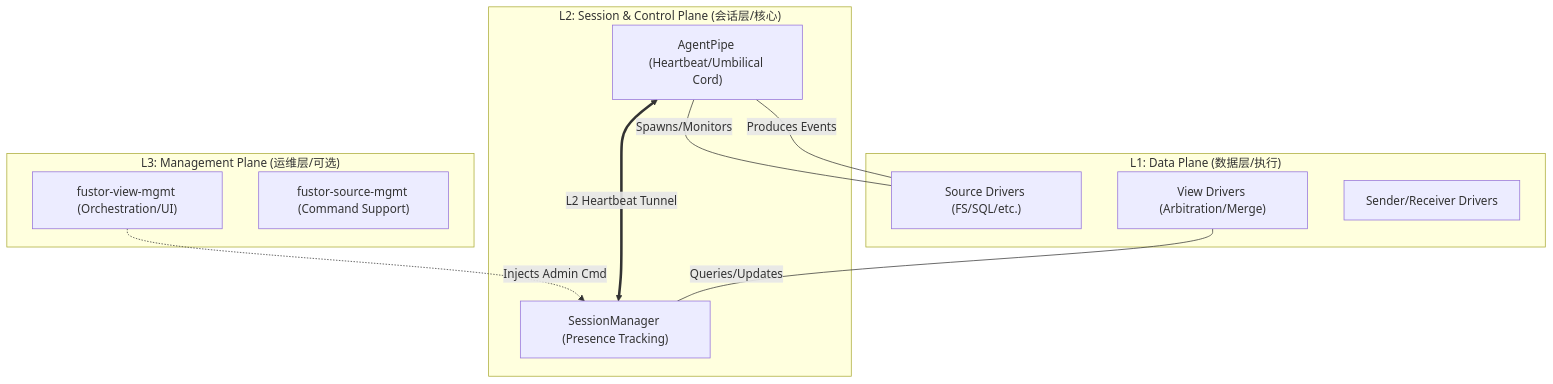
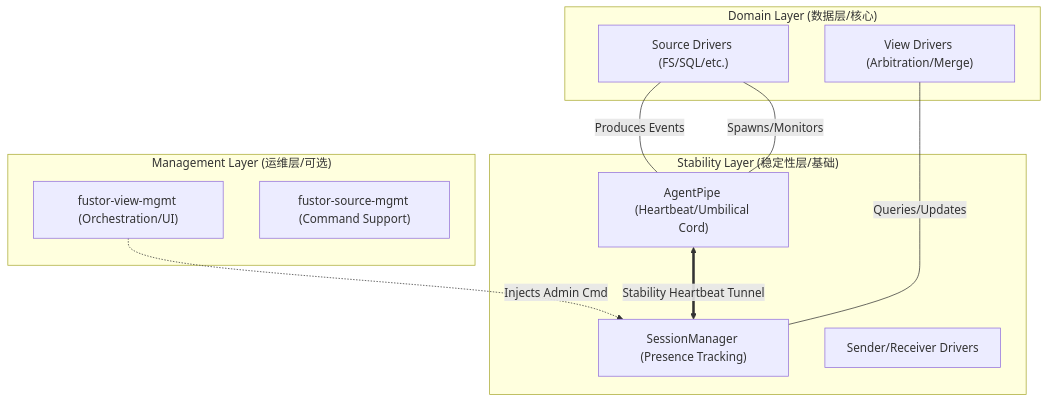
The diagram in specs/L2-ARCHITECTURE.md (excelwang/fustor-data-platform), drawn with Mermaid before and after one commit. The commit also changed other lines of this file and 9 other files, not shown here.

Commit message:
refactor: Rename architectural layers from L1/L2/L3 to Stability/Domain/Management across specifications.

````diff
--- a/specs/L2-ARCHITECTURE.md
+++ b/specs/L2-ARCHITECTURE.md
@@ -20,25 +18,25 @@
 ```mermaid
 graph TD
-    subgraph "L3: Management Plane (运维层/可选)"
+    subgraph "Management Layer (运维层/可选)"
         L3_Fusion["fustor-view-mgmt (Orchestration/UI)"]
         L3_Agent["fustor-source-mgmt (Command Support)"]
     end
 
-    subgraph "L2: Session & Control Plane (会话层/核心)"
-        L2_Fusion["SessionManager (Presence Tracking)"]
-        L2_Agent["AgentPipe (Heartbeat/Umbilical Cord)"]
+    subgraph "Domain Layer (数据层/核心)"
+        L2_Fusion["View Drivers (Arbitration/Merge)"]
+        L2_Agent["Source Drivers (FS/SQL/etc.)"]
     end
 
-    subgraph "L1: Data Plane (数据层/执行)"
-        L1_Source["Source Drivers (FS/SQL/etc.)"]
-        L1_View["View Drivers (Arbitration/Merge)"]
-        L1_Sender["Sender/Receiver Drivers"]
+    subgraph "Stability Layer (稳定性层/基础)"
+        L1_Session["SessionManager (Presence Tracking)"]
+        L1_AgentPipe["AgentPipe (Heartbeat/Umbilical Cord)"]
+        L1_Transport["Sender/Receiver Drivers"]
     end
 
     %% Dependencies
-    L3_Fusion -.->|Injects Admin Cmd| L2_Fusion
-    L2_Agent <==>|L2 Heartbeat Tunnel| L2_Fusion
-    L2_Agent ---|Spawns/Monitors| L1_Source
-    L1_Source ---|Produces Events| L2_Agent
-    L1_View ---|Queries/Updates| L2_Fusion
+    L3_Fusion -.->|Injects Admin Cmd| L1_Session
+    L1_AgentPipe <==>|Stability Heartbeat Tunnel| L1_Session
+    L1_AgentPipe ---|Spawns/Monitors| L2_Agent
+    L2_Agent ---|Produces Events| L1_AgentPipe
+    L2_Fusion ---|Queries/Updates| L1_Session
 ```
````
